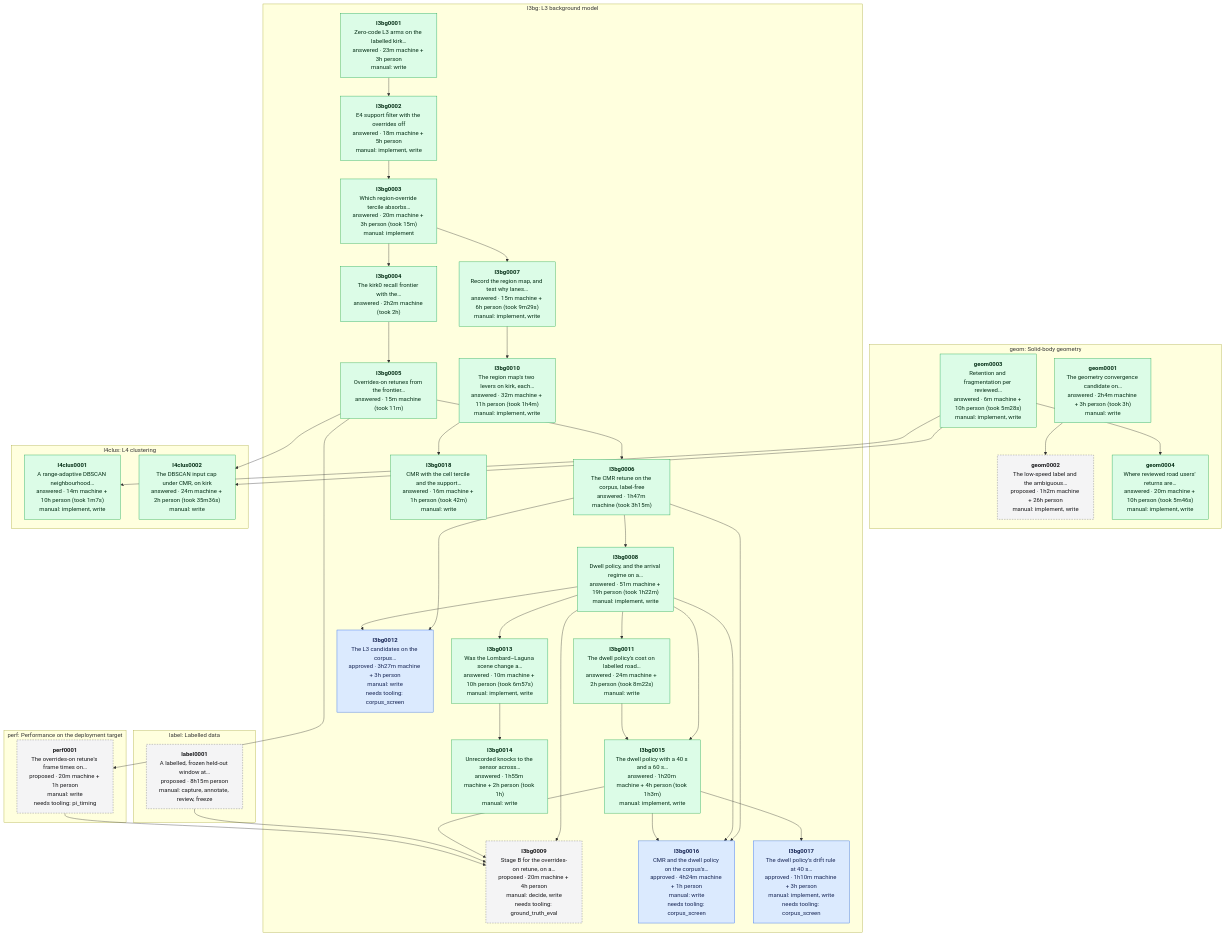
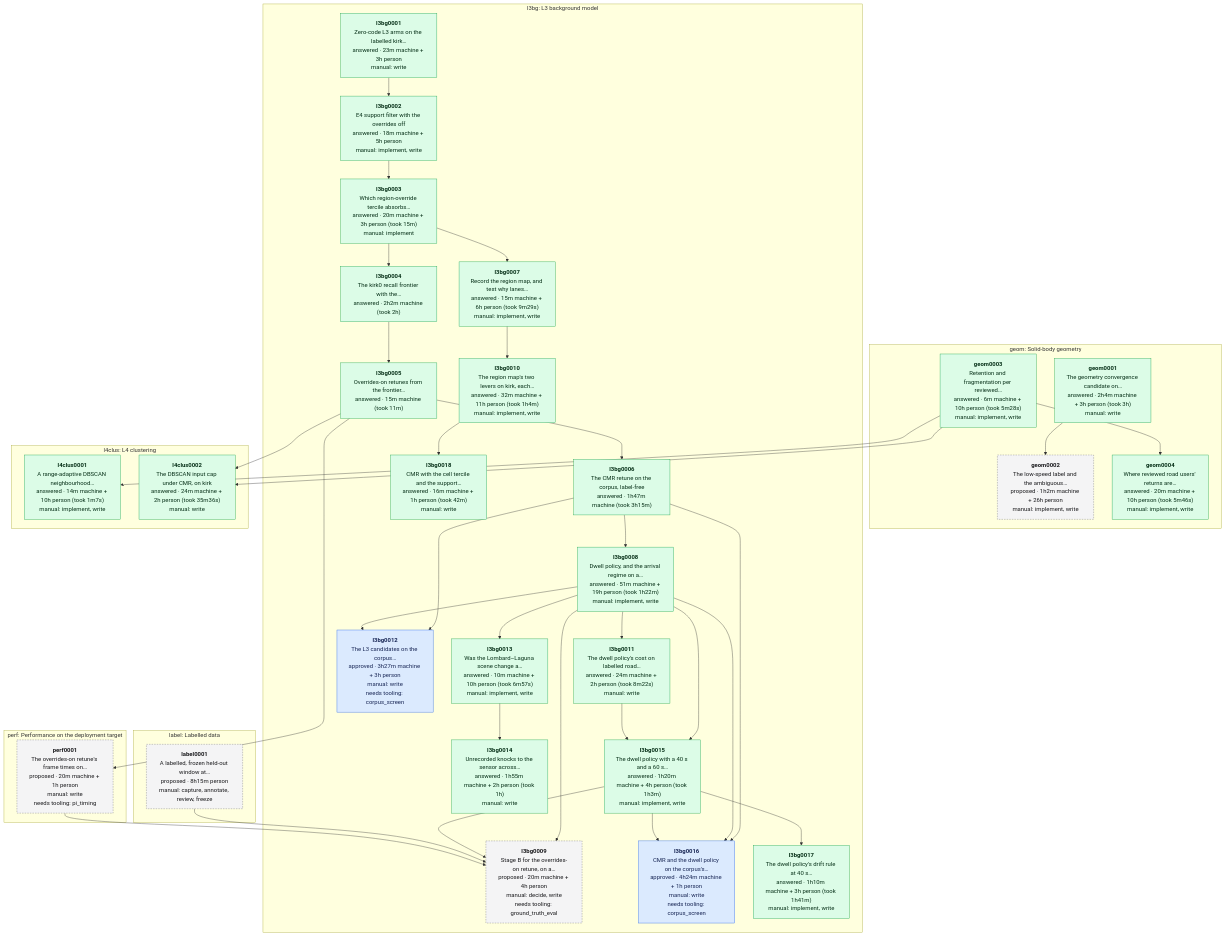
Before and after one commit to banshee-data/velocity.report: the diagram in data/experiments/DEPENDENCIES.md, drawn with Mermaid. The commit also changed other lines of this file and 3 other files, not shown here.

Commit message:
[ai][docs] l3bg0017 answered; LIDAR.md and the devlog link the drift rule

````diff
--- a/data/experiments/DEPENDENCIES.md
+++ b/data/experiments/DEPENDENCIES.md
@@ -7,73 +7,73 @@
 ```mermaid
 flowchart TB
   classDef proposed fill:#f4f4f5,stroke:#71717a,stroke-dasharray:4 3,color:#18181b
   classDef approved fill:#dbeafe,stroke:#2563eb,color:#172554
   classDef answered fill:#dcfce7,stroke:#16a34a,color:#052e16
   classDef retired fill:#fafafa,stroke:#d4d4d8,color:#71717a
   subgraph area_geom ["geom: Solid-body geometry"]
     geom0001["<b>geom0001</b><br/>The geometry convergence candidate on…<br/>answered · 2h4m machine + 3h person (took 3h)<br/>manual: write"]:::answered
     geom0002["<b>geom0002</b><br/>The low-speed label and the ambiguous…<br/>proposed · 1h2m machine + 26h person<br/>manual: implement, write"]:::proposed
     geom0003["<b>geom0003</b><br/>Retention and fragmentation per reviewed…<br/>answered · 6m machine + 10h person (took 5m28s)<br/>manual: implement, write"]:::answered
     geom0004["<b>geom0004</b><br/>Where reviewed road users' returns are…<br/>answered · 20m machine + 10h person (took 5m46s)<br/>manual: implement, write"]:::answered
   end
   subgraph area_l3bg ["l3bg: L3 background model"]
     l3bg0001["<b>l3bg0001</b><br/>Zero-code L3 arms on the labelled kirk…<br/>answered · 23m machine + 3h person<br/>manual: write"]:::answered
     l3bg0002["<b>l3bg0002</b><br/>E4 support filter with the overrides off<br/>answered · 18m machine + 5h person<br/>manual: implement, write"]:::answered
     l3bg0003["<b>l3bg0003</b><br/>Which region-override tercile absorbs…<br/>answered · 20m machine + 3h person (took 15m)<br/>manual: implement"]:::answered
     l3bg0004["<b>l3bg0004</b><br/>The kirk0 recall frontier with the…<br/>answered · 2h2m machine (took 2h)"]:::answered
     l3bg0005["<b>l3bg0005</b><br/>Overrides-on retunes from the frontier…<br/>answered · 15m machine (took 11m)"]:::answered
     l3bg0006["<b>l3bg0006</b><br/>The CMR retune on the corpus, label-free<br/>answered · 1h47m machine (took 3h15m)"]:::answered
     l3bg0007["<b>l3bg0007</b><br/>Record the region map, and test why lanes…<br/>answered · 15m machine + 6h person (took 9m29s)<br/>manual: implement, write"]:::answered
     l3bg0008["<b>l3bg0008</b><br/>Dwell policy, and the arrival regime on a…<br/>answered · 51m machine + 19h person (took 1h22m)<br/>manual: implement, write"]:::answered
     l3bg0009["<b>l3bg0009</b><br/>Stage B for the overrides-on retune, on a…<br/>proposed · 20m machine + 4h person<br/>manual: decide, write<br/>needs tooling: ground_truth_eval"]:::proposed
     l3bg0010["<b>l3bg0010</b><br/>The region map's two levers on kirk, each…<br/>answered · 32m machine + 11h person (took 1h4m)<br/>manual: implement, write"]:::answered
     l3bg0011["<b>l3bg0011</b><br/>The dwell policy's cost on labelled road…<br/>answered · 24m machine + 2h person (took 8m22s)<br/>manual: write"]:::answered
     l3bg0012["<b>l3bg0012</b><br/>The L3 candidates on the corpus…<br/>approved · 3h27m machine + 3h person<br/>manual: write<br/>needs tooling: corpus_screen"]:::approved
     l3bg0013["<b>l3bg0013</b><br/>Was the Lombard–Laguna scene change a…<br/>answered · 10m machine + 10h person (took 6m57s)<br/>manual: implement, write"]:::answered
     l3bg0014["<b>l3bg0014</b><br/>Unrecorded knocks to the sensor across…<br/>answered · 1h55m machine + 2h person (took 1h)<br/>manual: write"]:::answered
     l3bg0015["<b>l3bg0015</b><br/>The dwell policy with a 40 s and a 60 s…<br/>answered · 1h20m machine + 4h person (took 1h3m)<br/>manual: implement, write"]:::answered
     l3bg0016["<b>l3bg0016</b><br/>CMR and the dwell policy on the corpus's…<br/>approved · 4h24m machine + 1h person<br/>manual: write<br/>needs tooling: corpus_screen"]:::approved
-    l3bg0017["<b>l3bg0017</b><br/>The dwell policy's drift rule at 40 s…<br/>approved · 1h10m machine + 3h person<br/>manual: implement, write<br/>needs tooling: corpus_screen"]:::approved
+    l3bg0017["<b>l3bg0017</b><br/>The dwell policy's drift rule at 40 s…<br/>answered · 1h10m machine + 3h person (took 1h41m)<br/>manual: implement, write"]:::answered
     l3bg0018["<b>l3bg0018</b><br/>CMR with the cell tercile and the support…<br/>answered · 16m machine + 1h person (took 42m)<br/>manual: write"]:::answered
   end
   subgraph area_l4clus ["l4clus: L4 clustering"]
     l4clus0001["<b>l4clus0001</b><br/>A range-adaptive DBSCAN neighbourhood…<br/>answered · 14m machine + 10h person (took 1m7s)<br/>manual: implement, write"]:::answered
     l4clus0002["<b>l4clus0002</b><br/>The DBSCAN input cap under CMR, on kirk<br/>answered · 24m machine + 2h person (took 35m36s)<br/>manual: write"]:::answered
   end
   subgraph area_label ["label: Labelled data"]
     label0001["<b>label0001</b><br/>A labelled, frozen held-out window at…<br/>proposed · 8h15m person<br/>manual: capture, annotate, review, freeze"]:::proposed
   end
   subgraph area_perf ["perf: Performance on the deployment target"]
     perf0001["<b>perf0001</b><br/>The overrides-on retune's frame times on…<br/>proposed · 20m machine + 1h person<br/>manual: write<br/>needs tooling: pi_timing"]:::proposed
   end
   geom0001 --> geom0002
   geom0003 --> geom0004
   l3bg0001 --> l3bg0002
   l3bg0002 --> l3bg0003
   l3bg0003 --> l3bg0004
   l3bg0004 --> l3bg0005
   l3bg0005 --> l3bg0006
   l3bg0003 --> l3bg0007
   l3bg0006 --> l3bg0008
   l3bg0008 --> l3bg0009
   l3bg0015 --> l3bg0009
   label0001 --> l3bg0009
   perf0001 --> l3bg0009
   l3bg0007 --> l3bg0010
   l3bg0008 --> l3bg0011
   l3bg0006 --> l3bg0012
   l3bg0008 --> l3bg0012
   l3bg0008 --> l3bg0013
   l3bg0013 --> l3bg0014
   l3bg0008 --> l3bg0015
   l3bg0011 --> l3bg0015
   l3bg0006 --> l3bg0016
   l3bg0008 --> l3bg0016
   l3bg0015 --> l3bg0016
   l3bg0015 --> l3bg0017
   l3bg0010 --> l3bg0018
   geom0003 --> l4clus0001
   geom0003 --> l4clus0002
   l3bg0005 --> l4clus0002
   l3bg0005 --> perf0001
 ```
````
